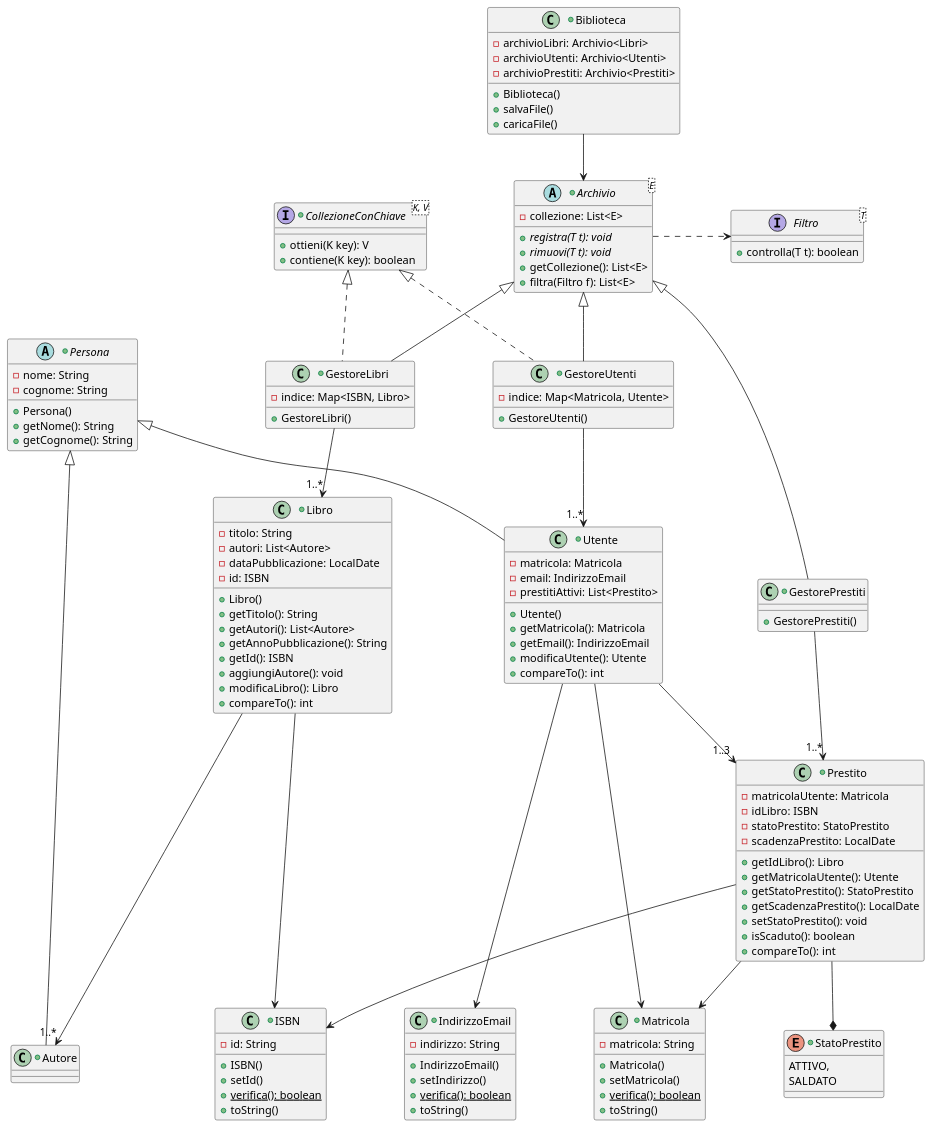
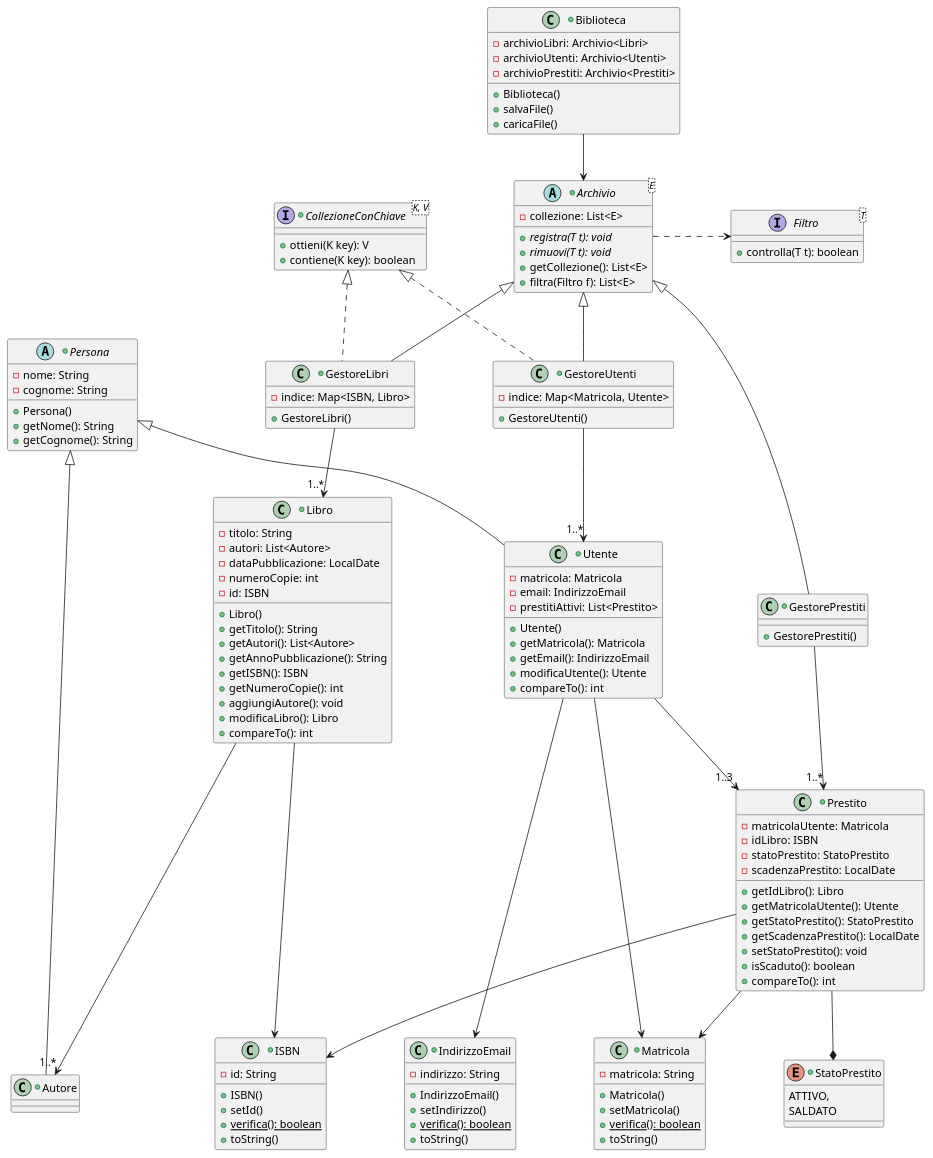
The diagram in docs/uml/classes.puml (Meziu/easylibrary), drawn with PlantUML before and after one commit. The commit also changed 8 other files, not shown here.

```diff
--- a/docs/uml/classes.puml
+++ b/docs/uml/classes.puml
@@ -1,161 +1,163 @@
 @startuml
 'skinparam classAttributeIconSize 0
 skinparam nodesep 100
 
 interface Filtro<T> {
     +controlla(T t): boolean
 }
 
 +abstract class Archivio<E> {
     -collezione: List<E>
 
     +registra(T t): void {abstract}
     +rimuovi(T t): void {abstract}
     +getCollezione(): List<E>
     +filtra(Filtro f): List<E>
 }
 
 +interface CollezioneConChiave<K, V> {
     +ottieni(K key): V
     +contiene(K key): boolean
 }
 
 +abstract class Persona{
     -nome: String
     -cognome: String
 
     +Persona()
     +getNome(): String
     +getCognome(): String
 }
 
 +class Utente extends Persona{
     -matricola: Matricola
     -email: IndirizzoEmail
     -prestitiAttivi: List<Prestito>
 
     +Utente()
     +getMatricola(): Matricola
     +getEmail(): IndirizzoEmail
     +modificaUtente(): Utente
     +compareTo(): int
 }
 
 +class Matricola {
     -matricola: String
 
     +Matricola()
     +setMatricola()
     +verifica(): boolean {static}
     +toString()
 }
 
 +class IndirizzoEmail {
     -indirizzo: String
 
     +IndirizzoEmail()
     +setIndirizzo()
     +verifica(): boolean {static}
     +toString()
 }
 
 
 +class Libro{
     -titolo: String
     -autori: List<Autore>
     -dataPubblicazione: LocalDate
+    -numeroCopie: int
     -id: ISBN
 
     +Libro()
     +getTitolo(): String
     +getAutori(): List<Autore>
     +getAnnoPubblicazione(): String
-    +getId(): ISBN
+    +getISBN(): ISBN
+    +getNumeroCopie(): int
     +aggiungiAutore(): void
     +modificaLibro(): Libro
     +compareTo(): int
 }
 
 +class ISBN {
     -id: String
 
     +ISBN()
     +setId()
     +verifica(): boolean {static}
     +toString()
 }
 
 +class Autore extends Persona{
 }
 
 
 +class Prestito{
     -matricolaUtente: Matricola
     -idLibro: ISBN
     -statoPrestito: StatoPrestito
     -scadenzaPrestito: LocalDate
 
     +getIdLibro(): Libro
     +getMatricolaUtente(): Utente
     +getStatoPrestito(): StatoPrestito
     +getScadenzaPrestito(): LocalDate
     +setStatoPrestito(): void
     +isScaduto(): boolean
     +compareTo(): int
 }
 
 +enum StatoPrestito{
     ATTIVO,
     SALDATO
 }
 
 
 +class Biblioteca {
     -archivioLibri: Archivio<Libri>
     -archivioUtenti: Archivio<Utenti>
     -archivioPrestiti: Archivio<Prestiti>
 
     +Biblioteca()
     +salvaFile()
     +caricaFile()
 }
 
 
 +class GestoreLibri extends Archivio implements CollezioneConChiave {
     -indice: Map<ISBN, Libro>
 
     +GestoreLibri()
 }
 
 
 +class GestoreUtenti extends Archivio implements CollezioneConChiave {
     -indice: Map<Matricola, Utente>
 
     +GestoreUtenti()
 }
 
 
 +class GestorePrestiti extends Archivio {
 
     +GestorePrestiti()
 }
 
 
 Biblioteca --> Archivio
 'Biblioteca ..> CollezioneConChiave
 
 Archivio .right.> Filtro
 
 Utente --> "1..3" Prestito
 Utente --> Matricola
 Utente ---> IndirizzoEmail
 Libro ---> "1..*" Autore
 Libro --> ISBN
 Prestito --> Matricola
 Prestito --> ISBN
 Prestito --* StatoPrestito
 
 GestoreUtenti --> "1..*" Utente
 GestoreLibri --> "1..*" Libro
 GestorePrestiti --> "1..*" Prestito
 @enduml
```
